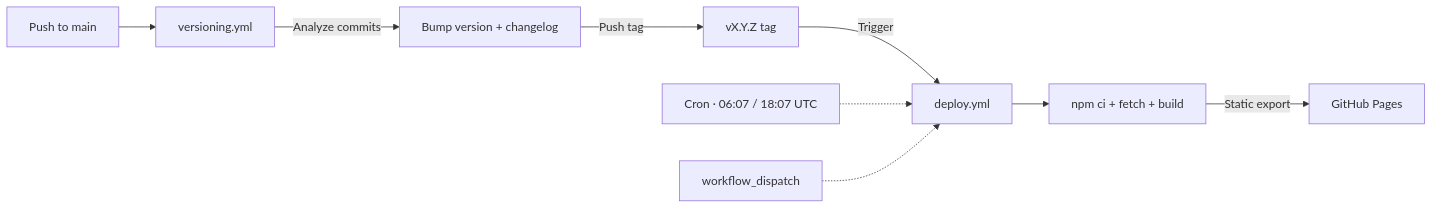
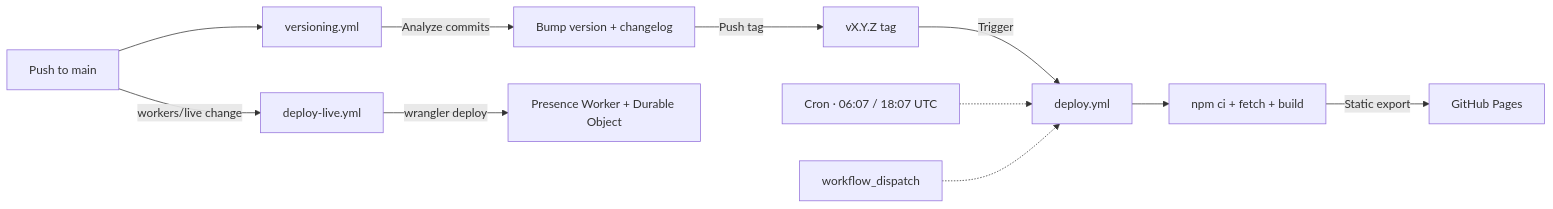
Before and after one commit to mdsarfarazalam840/Islamic-website: the sixth of 6 diagrams in README.md, drawn with Mermaid. The commit also changed other lines of this file and 24 other files, not shown here.

First line of the commit message:
feat: live reader counter on Cloudflare Durable Objects

````diff
--- a/README.md
+++ b/README.md
@@ -679,11 +812,13 @@
 ```mermaid
 graph LR
     MAIN[Push to main] --> VG[versioning.yml]
     VG --> |Analyze commits| BUMP[Bump version + changelog]
     BUMP --> |Push tag| TAG[vX.Y.Z tag]
     TAG --> |Trigger| DP[deploy.yml]
     SCHED[Cron · 06:07 / 18:07 UTC] -.-> DP
     MANUAL[workflow_dispatch] -.-> DP
+    MAIN --> |workers/live change| LDP[deploy-live.yml]
+    LDP --> |wrangler deploy| WK[Presence Worker + Durable Object]
     DP --> BUILD[npm ci + fetch + build]
     BUILD --> |Static export| PAGES[GitHub Pages]
 ```
````
